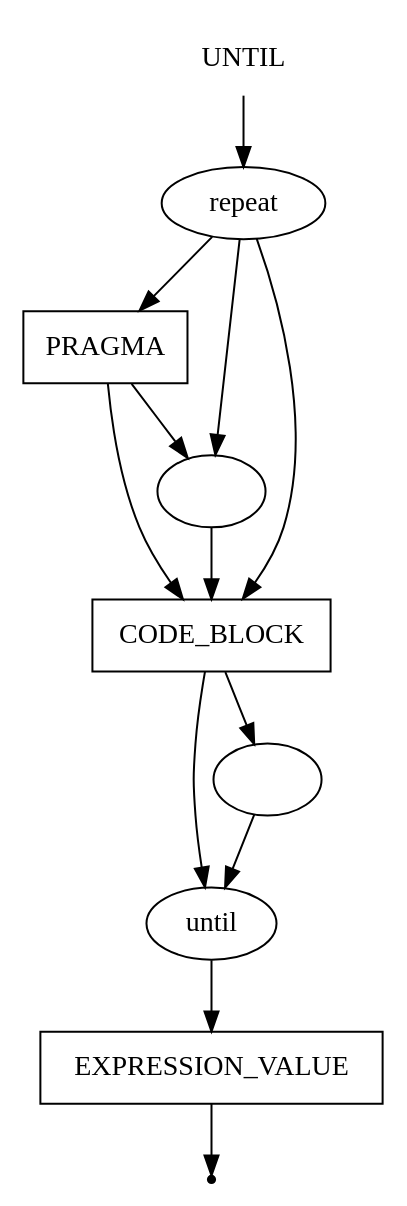
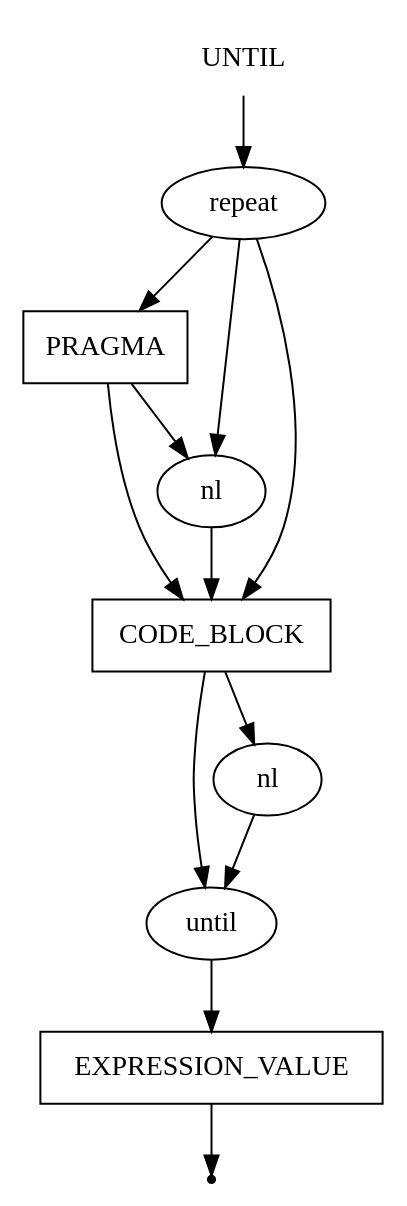
Before and after one commit to ayu-f/DSL_Pseudocode: the diagram in pseudocode/until.gv, drawn with Graphviz. The commit also changed 71 other files, not shown here.

```diff
--- a/pseudocode/until.gv
+++ b/pseudocode/until.gv
@@ -1,24 +1,24 @@
 digraph UNTIL {
     start [label=UNTIL shape=plaintext]
     key_until [label="until" shape=oval]
     key_repeat [label="repeat" shape=oval]
     expression_value [label=EXPRESSION_VALUE shape=box]
     pragma [label=PRAGMA shape=box]
     code_block [label=CODE_BLOCK shape=box]
-    nl_1 [label="\n" shape=oval]
-    nl_2 [label="\n" shape=oval]
+    nl_1 [label="nl" shape=oval]
+    nl_2 [label="nl" shape=oval]
     end [label="" shape=point]
 
     start -> key_repeat
     key_repeat -> pragma
     key_repeat -> nl_1
     key_repeat -> code_block
     pragma -> nl_1
     pragma -> code_block
     nl_1 -> code_block
     code_block -> nl_2
     code_block -> key_until
     nl_2 -> key_until
     key_until -> expression_value
     expression_value -> end
 }
```
